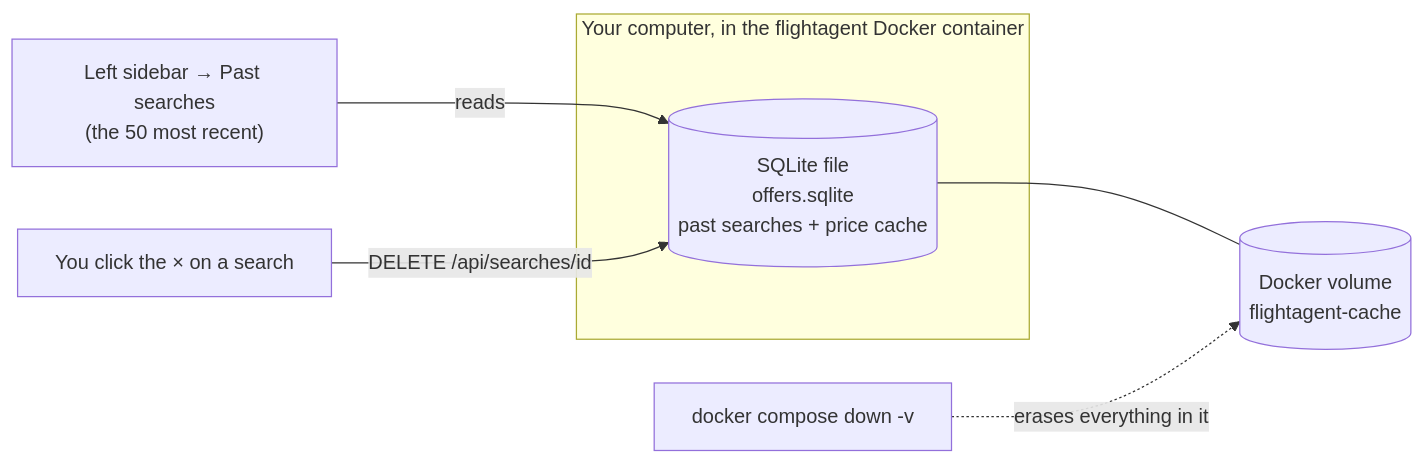
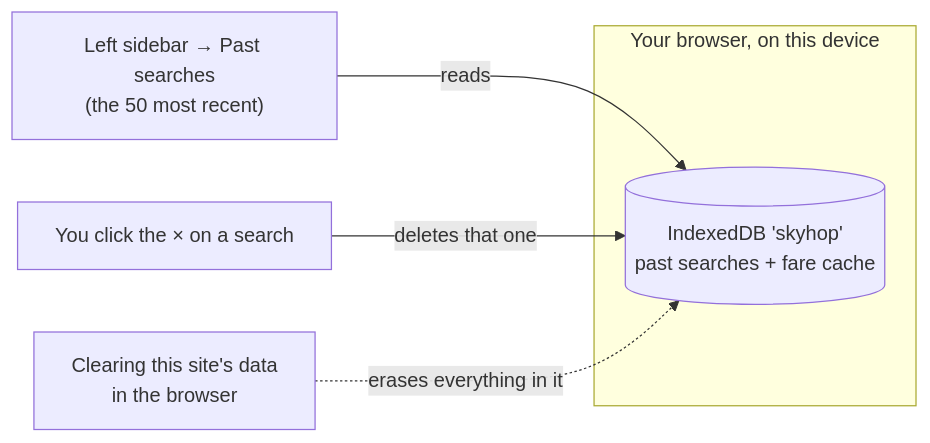
The third of 5 diagrams in README.md (alon24/AiTravelSearcher), drawn with Mermaid before and after one commit. The commit also changed other lines of this file and 98 other files, not shown here.

First line of the commit message:
Skyhop is now one version: the live site, with the Docker server retired

````diff
--- a/README.md
+++ b/README.md
@@ -93,11 +101,9 @@
 ```mermaid
 flowchart LR
-    subgraph Docker["Your computer, in the flightagent Docker container"]
-        DB[("SQLite file\noffers.sqlite\npast searches + price cache")]
+    subgraph Browser["Your browser, on this device"]
+        DB[("IndexedDB 'skyhop'\npast searches + fare cache")]
     end
-    Vol[("Docker volume\nflightagent-cache")]
-    DB --- Vol
     Sidebar["Left sidebar → Past searches\n(the 50 most recent)"] -->|reads| DB
-    Click["You click the × on a search"] -->|DELETE /api/searches/id| DB
-    WipeCmd["docker compose down -v"] -.erases everything in it.-> Vol
+    Click["You click the × on a search"] -->|deletes that one| DB
+    Wipe["Clearing this site's data\nin the browser"] -.erases everything in it.-> DB
 ```
````
